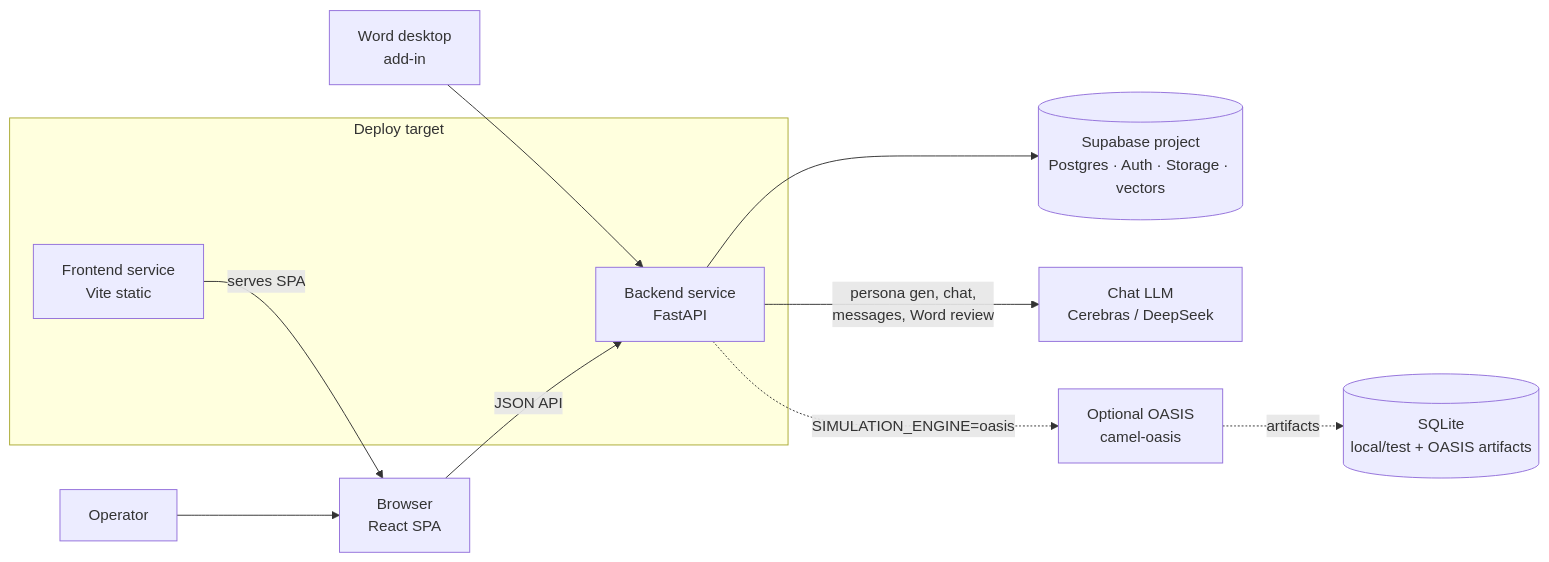
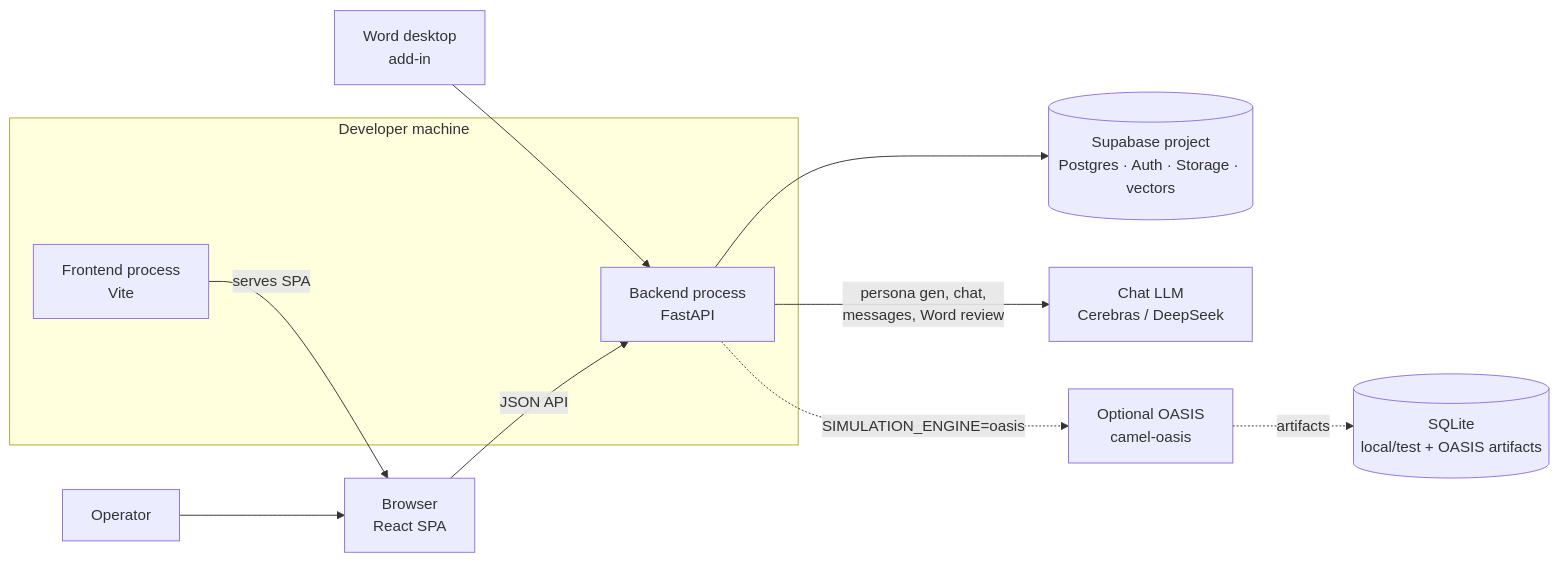
The diagram in docs/architecture.md (kajmund/socialism), drawn with Mermaid before and after one commit. The commit also changed other lines of this file and 11 other files, not shown here.

````diff
--- a/docs/architecture.md
+++ b/docs/architecture.md
@@ -11,22 +11,22 @@
 ```mermaid
 flowchart LR
     user[Operator] --> browser[Browser<br/>React SPA]
     word[Word desktop<br/>add-in] --> backend
 
-    subgraph railway[Deploy target]
-        frontend[Frontend service<br/>Vite static]
-        backend[Backend service<br/>FastAPI]
+    subgraph local[Developer machine]
+        frontend[Frontend process<br/>Vite]
+        backend[Backend process<br/>FastAPI]
     end
 
     supabase[(Supabase project<br/>Postgres · Auth · Storage · vectors)]
     sqlite[(SQLite<br/>local/test + OASIS artifacts)]
     chatllm[Chat LLM<br/>Cerebras / DeepSeek]
     oasis[Optional OASIS<br/>camel-oasis]
 
     frontend -->|serves SPA| browser
     browser -->|JSON API| backend
     backend --> supabase
     backend -->|persona gen, chat,<br/>messages, Word review| chatllm
     backend -.->|SIMULATION_ENGINE=oasis| oasis
     oasis -.->|artifacts| sqlite
 ```
````
